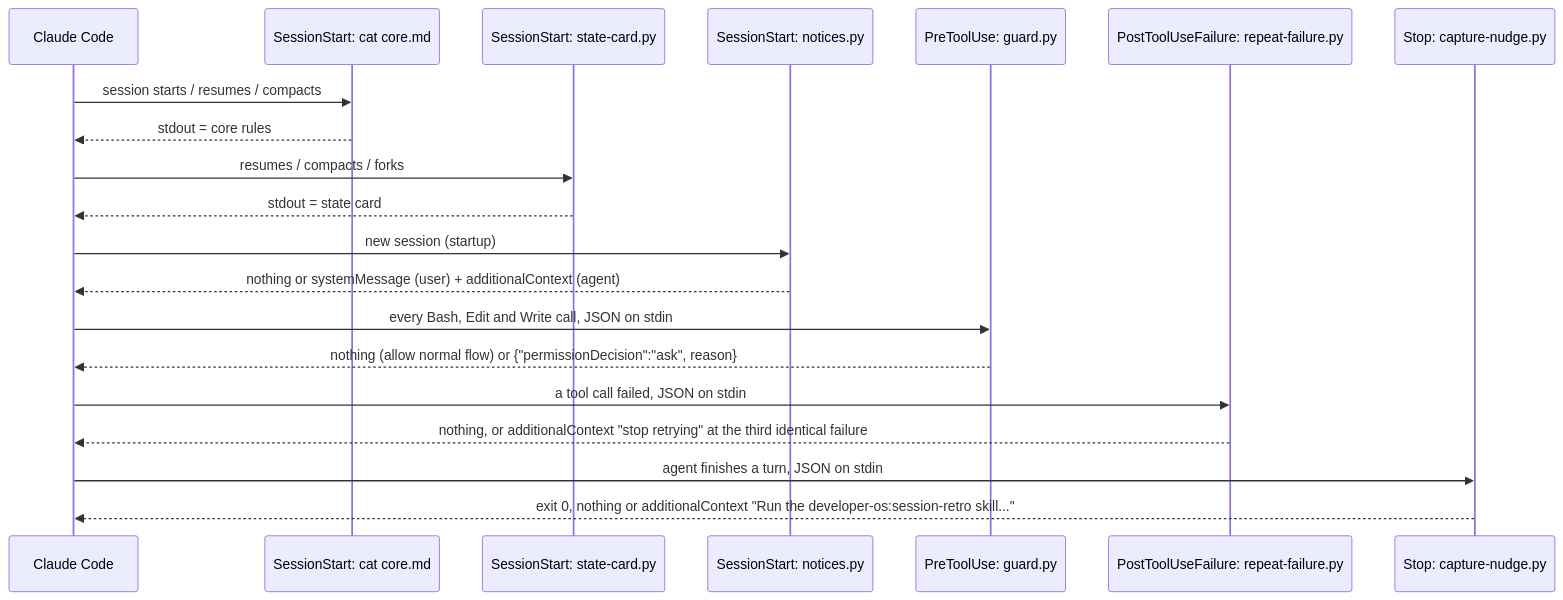
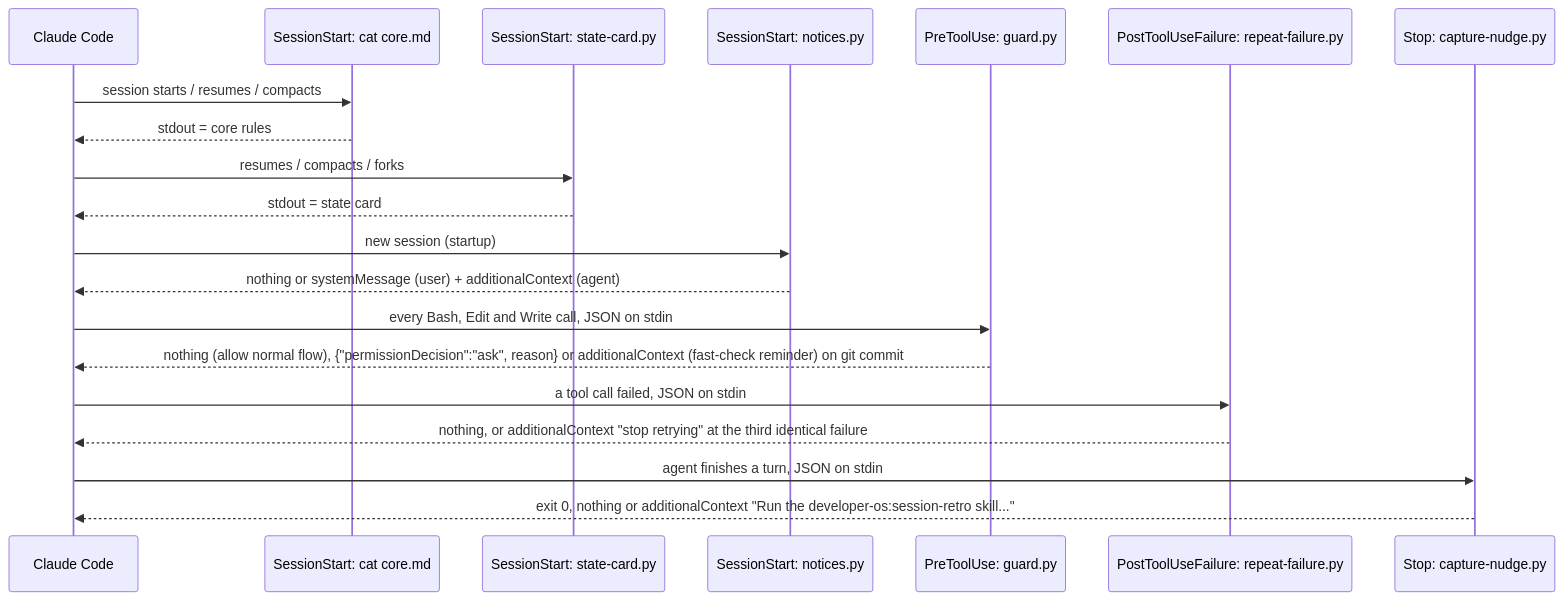
One commit to msolecki/developer-os changed the first of 2 diagrams in docs/architecture/overview.md. Above: the diagram before and after it, drawn with Mermaid. The commit also changed other lines of this file and 41 other files, not shown here.

````diff
--- a/docs/architecture/overview.md
+++ b/docs/architecture/overview.md
@@ -61,22 +61,22 @@
 ```mermaid
 sequenceDiagram
   participant CC as Claude Code
   participant R as SessionStart: cat core.md
   participant SS as SessionStart: state-card.py
   participant NO as SessionStart: notices.py
   participant G as PreToolUse: guard.py
   participant F as PostToolUseFailure: repeat-failure.py
   participant N as Stop: capture-nudge.py
   CC->>R: session starts / resumes / compacts
   R-->>CC: stdout = core rules
   CC->>SS: resumes / compacts / forks
   SS-->>CC: stdout = state card
   CC->>NO: new session (startup)
   NO-->>CC: nothing or systemMessage (user) + additionalContext (agent)
   CC->>G: every Bash, Edit and Write call, JSON on stdin
-  G-->>CC: nothing (allow normal flow) or {"permissionDecision":"ask", reason}
+  G-->>CC: nothing (allow normal flow), {"permissionDecision":"ask", reason} or additionalContext (fast-check reminder) on git commit
   CC->>F: a tool call failed, JSON on stdin
   F-->>CC: nothing, or additionalContext "stop retrying" at the third identical failure
   CC->>N: agent finishes a turn, JSON on stdin
   N-->>CC: exit 0, nothing or additionalContext "Run the developer-os:session-retro skill..."
 ```
````
